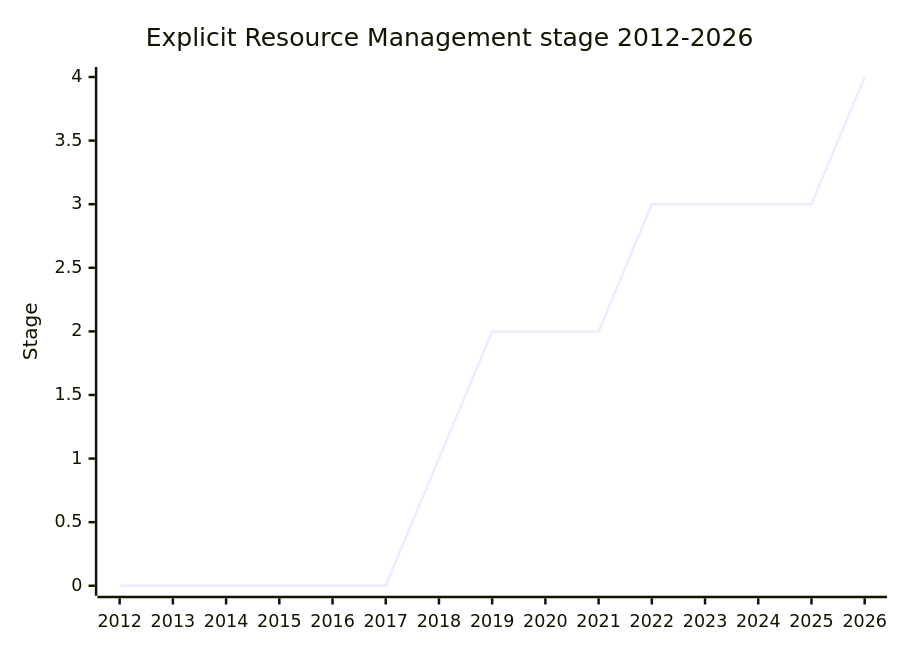
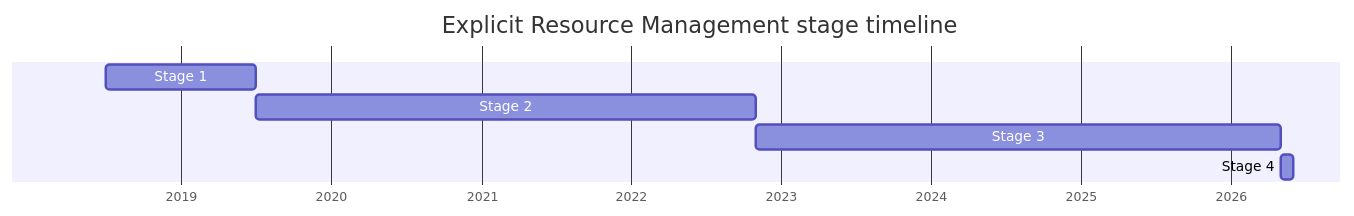
One commit to Jxck/tc39-llm-wiki changed the diagram in wiki/proposals/explicit-resource-management.md. Above: the diagram before and after it, drawn with Mermaid. The commit also changed other lines of this file and 11 other files, not shown here.

First line of the commit message:
[wiki] switch stage graphs from xychart-beta to mermaid gantt

````diff
--- a/wiki/proposals/explicit-resource-management.md
+++ b/wiki/proposals/explicit-resource-management.md
@@ -35,7 +35,11 @@
 ```mermaid
-xychart-beta
-    title "Explicit Resource Management stage 2012-2026"
-    x-axis [2012, 2013, 2014, 2015, 2016, 2017, 2018, 2019, 2020, 2021, 2022, 2023, 2024, 2025, 2026]
-    y-axis "Stage" 0 --> 4
-    line [0, 0, 0, 0, 0, 0, 1, 2, 2, 2, 3, 3, 3, 3, 4]
+gantt
+    title Explicit Resource Management stage timeline
+    dateFormat YYYY-MM
+    axisFormat %Y
+    todayMarker off
+    Stage 1 : 2018-07, 2019-07
+    Stage 2 : 2019-07, 2022-11
+    Stage 3 : 2022-11, 2026-05
+    Stage 4 : 2026-05, 2026-06
 ```
````
